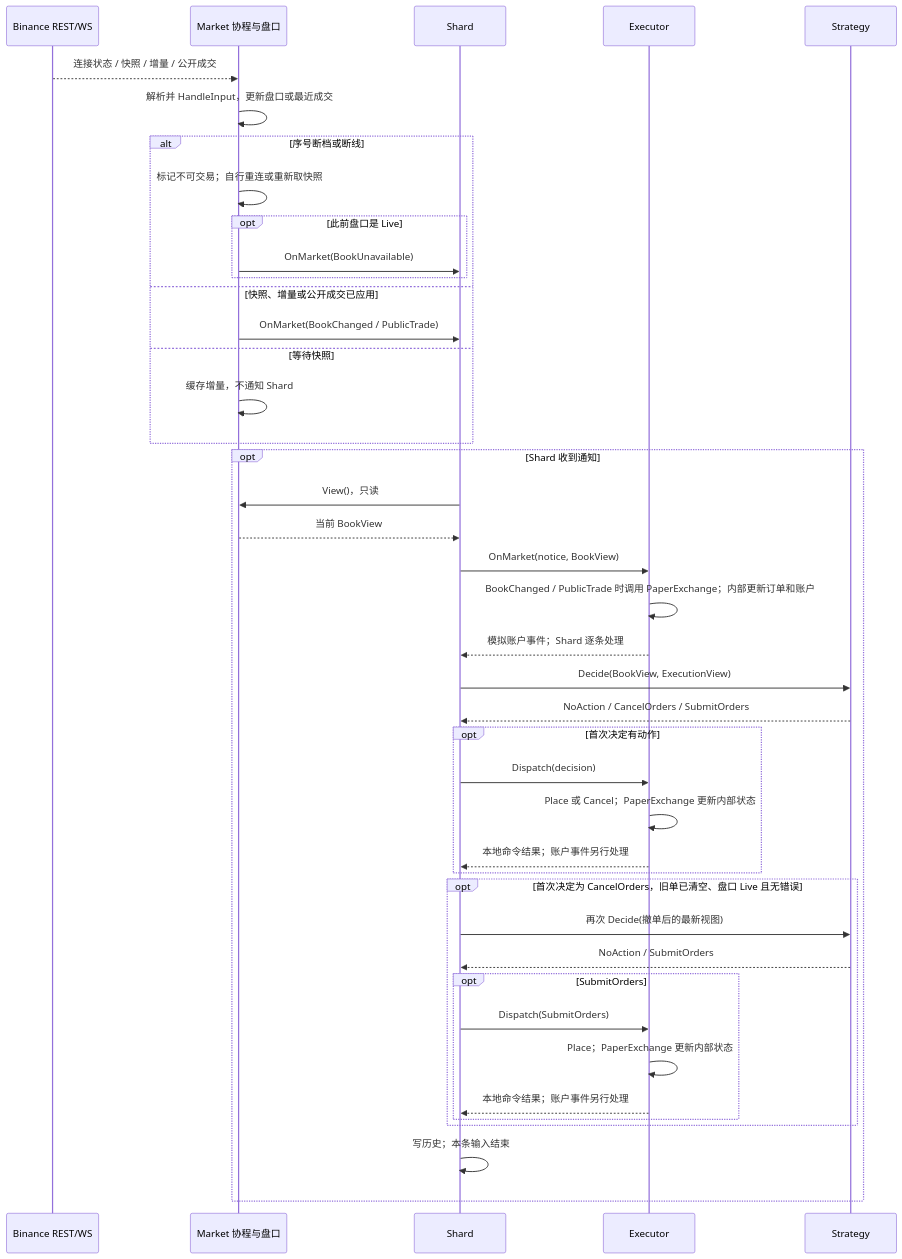
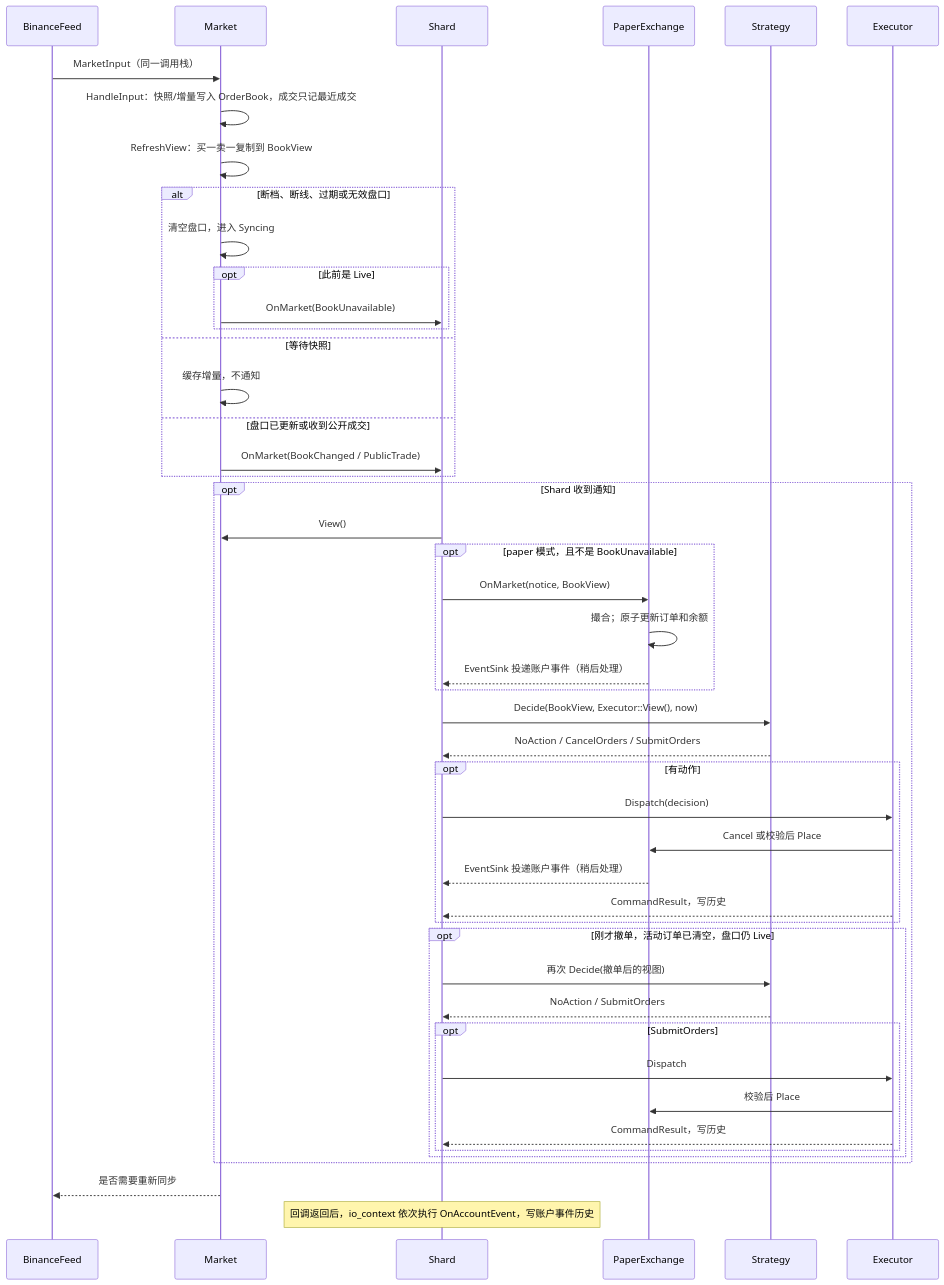
The seventh of 12 diagrams in docs/DESIGN.md (larrystd/hbot-quant), drawn with Mermaid before and after one commit. The commit also changed other lines of this file and 57 other files, not shown here.

```diff
--- a/docs/DESIGN.md
+++ b/docs/DESIGN.md
@@ -294,44 +697,49 @@
 ~~~mermaid
 sequenceDiagram
-    participant B as Binance REST/WS
-    participant M as Market 协程与盘口
+    participant F as BinanceFeed
+    participant M as Market
     participant S as Shard
+    participant X as PaperExchange
+    participant P as Strategy
     participant E as Executor
-    participant P as Strategy
-    B-->>M: 连接状态 / 快照 / 增量 / 公开成交
-    M->>M: 解析并 HandleInput，更新盘口或最近成交
-    alt 序号断档或断线
-        M->>M: 标记不可交易；自行重连或重新取快照
-        opt 此前盘口是 Live
+    F->>M: MarketInput（同一调用栈）
+    M->>M: HandleInput：快照/增量写入 OrderBook，成交只记最近成交
+    M->>M: RefreshView：买一卖一复制到 BookView
+    alt 断档、断线、过期或无效盘口
+        M->>M: 清空盘口，进入 Syncing
+        opt 此前是 Live
             M->>S: OnMarket(BookUnavailable)
         end
-    else 快照、增量或公开成交已应用
+    else 等待快照
+        M->>M: 缓存增量，不通知
+    else 盘口已更新或收到公开成交
         M->>S: OnMarket(BookChanged / PublicTrade)
-    else 等待快照
-        M->>M: 缓存增量，不通知 Shard
     end
     opt Shard 收到通知
-        S->>M: View()，只读
-        M-->>S: 当前 BookView
-        S->>E: OnMarket(notice, BookView)
-        E->>E: BookChanged / PublicTrade 时调用 PaperExchange；内部更新订单和账户
-        E-->>S: 模拟账户事件；Shard 逐条处理
-        S->>P: Decide(BookView, ExecutionView)
+        S->>M: View()
+        opt paper 模式，且不是 BookUnavailable
+            S->>X: OnMarket(notice, BookView)
+            X->>X: 撮合；原子更新订单和余额
+            X-->>S: EventSink 投递账户事件（稍后处理）
+        end
+        S->>P: Decide(BookView, Executor::View(), now)
         P-->>S: NoAction / CancelOrders / SubmitOrders
-        opt 首次决定有动作
+        opt 有动作
             S->>E: Dispatch(decision)
-            E->>E: Place 或 Cancel；PaperExchange 更新内部状态
-            E-->>S: 本地命令结果；账户事件另行处理
+            E->>X: Cancel 或校验后 Place
+            X-->>S: EventSink 投递账户事件（稍后处理）
+            E-->>S: CommandResult，写历史
         end
-        opt 首次决定为 CancelOrders，旧单已清空、盘口 Live 且无错误
-            S->>P: 再次 Decide(撤单后的最新视图)
+        opt 刚才撤单，活动订单已清空，盘口仍 Live
+            S->>P: 再次 Decide(撤单后的视图)
             P-->>S: NoAction / SubmitOrders
             opt SubmitOrders
-                S->>E: Dispatch(SubmitOrders)
-                E->>E: Place；PaperExchange 更新内部状态
-                E-->>S: 本地命令结果；账户事件另行处理
+                S->>E: Dispatch
+                E->>X: 校验后 Place
+                E-->>S: CommandResult，写历史
             end
         end
-        S->>S: 写历史；本条输入结束
     end
+    M-->>F: 是否需要重新同步
+    Note over S: 回调返回后，io_context 依次执行 OnAccountEvent，写账户事件历史
 ~~~
```
